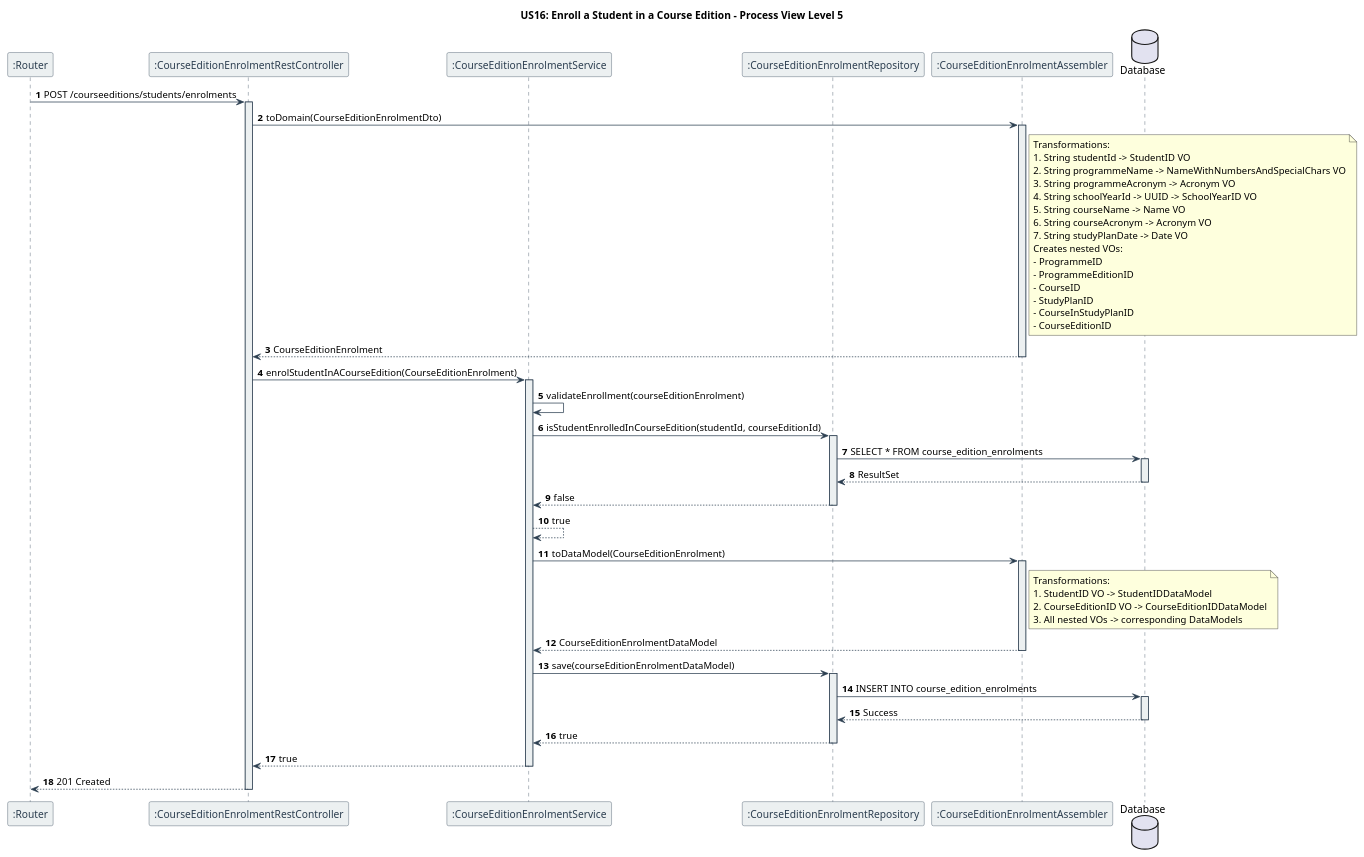
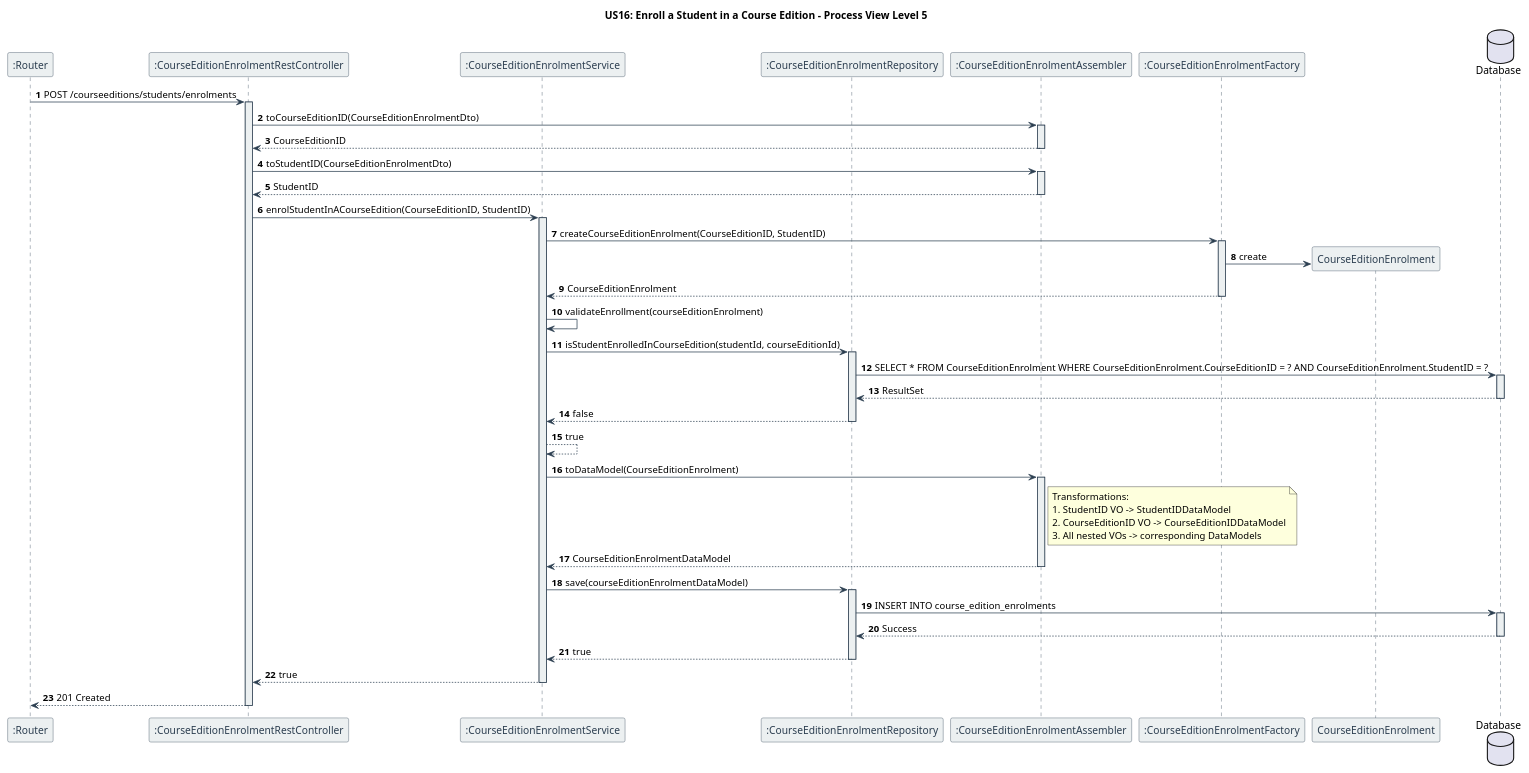
The diagram in docs/US16/sprint6_RestController/scenario/US16_processView_level5.puml (GasparISEP/DevOps-PAI), drawn with PlantUML before and after one commit. The commit also changed 2 other files, not shown here.

Commit message:
Updated Process View Level 3, Level 4 and level5 diagrams to reflect changes in the enrollment process, including the introduction of a Router and Factory participants, and adjustments to the flow of data and interactions. Refs #589

```diff
--- a/docs/US16/sprint6_RestController/scenario/US16_processView_level5.puml
+++ b/docs/US16/sprint6_RestController/scenario/US16_processView_level5.puml
@@ -1,93 +1,89 @@
 @startuml
 title US16: Enroll a Student in a Course Edition - Process View Level 5
 autonumber
 
 ' Set colors for different types of lines
 skinparam sequence {
     ArrowColor #2C3E50
     LifeLineBorderColor #2C3E50
     LifeLineBackgroundColor #ECF0F1
     ParticipantBorderColor #2C3E50
     ParticipantBackgroundColor #ECF0F1
     ParticipantFontColor #2C3E50
     ActorBorderColor #2C3E50
     ActorBackgroundColor #ECF0F1
     ActorFontColor #2C3E50
     DatabaseBorderColor #2C3E50
     DatabaseBackgroundColor #ECF0F1
     DatabaseFontColor #2C3E50
 }
 
 participant ":Router" as router
 participant ":CourseEditionEnrolmentRestController" as Controller
 participant ":CourseEditionEnrolmentService" as Service
 participant ":CourseEditionEnrolmentRepository" as Repository
 participant ":CourseEditionEnrolmentAssembler" as Assembler
+participant ":CourseEditionEnrolmentFactory" as Factory
+participant "CourseEditionEnrolment" as Enrolment
+
 database "Database" as DB
 
 router -> Controller: POST /courseeditions/students/enrolments
 activate Controller
 
-Controller -> Assembler: toDomain(CourseEditionEnrolmentDto)
+Controller -> Assembler: toCourseEditionID(CourseEditionEnrolmentDto)
 activate Assembler
-note right of Assembler
-  Transformations:
-  1. String studentId -> StudentID VO
-  2. String programmeName -> NameWithNumbersAndSpecialChars VO
-  3. String programmeAcronym -> Acronym VO
-  4. String schoolYearId -> UUID -> SchoolYearID VO
-  5. String courseName -> Name VO
-  6. String courseAcronym -> Acronym VO
-  7. String studyPlanDate -> Date VO
-  Creates nested VOs:
-  - ProgrammeID
-  - ProgrammeEditionID
-  - CourseID
-  - StudyPlanID
-  - CourseInStudyPlanID
-  - CourseEditionID
-end note
-Assembler --> Controller: CourseEditionEnrolment
+Assembler --> Controller: CourseEditionID
+deactivate Assembler
+Controller -> Assembler: toStudentID(CourseEditionEnrolmentDto)
+activate Assembler
+Assembler --> Controller: StudentID
 deactivate Assembler
 
-Controller -> Service: enrolStudentInACourseEdition(CourseEditionEnrolment)
+Controller -> Service: enrolStudentInACourseEdition(CourseEditionID, StudentID)
 activate Service
+Service -> Factory: createCourseEditionEnrolment(CourseEditionID, StudentID)
+activate Factory
+create Enrolment
+Factory -> Enrolment: create
+Factory --> Service: CourseEditionEnrolment
+deactivate Factory
 
 Service -> Service: validateEnrollment(courseEditionEnrolment)
 Service -> Repository: isStudentEnrolledInCourseEdition(studentId, courseEditionId)
 activate Repository
-Repository -> DB: SELECT * FROM course_edition_enrolments
+Repository -> DB: SELECT * FROM CourseEditionEnrolment WHERE CourseEditionEnrolment.CourseEditionID = ? AND CourseEditionEnrolment.StudentID = ?
 activate DB
 DB --> Repository: ResultSet
 deactivate DB
 Repository --> Service: false
 deactivate Repository
 Service --> Service: true
 
 Service -> Assembler: toDataModel(CourseEditionEnrolment)
 activate Assembler
 note right of Assembler
   Transformations:
   1. StudentID VO -> StudentIDDataModel
   2. CourseEditionID VO -> CourseEditionIDDataModel
   3. All nested VOs -> corresponding DataModels
 end note
 Assembler --> Service: CourseEditionEnrolmentDataModel
 deactivate Assembler
 
 Service -> Repository: save(courseEditionEnrolmentDataModel)
 activate Repository
 Repository -> DB: INSERT INTO course_edition_enrolments
 activate DB
 DB --> Repository: Success
 deactivate DB
 Repository --> Service: true
 deactivate Repository
 
 Service --> Controller: true
 deactivate Service
 
 Controller --> router: 201 Created
 deactivate Controller
 
 @enduml 
```
